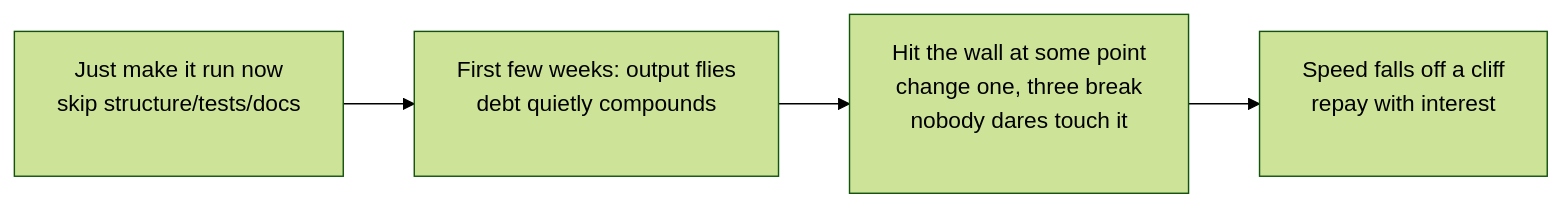
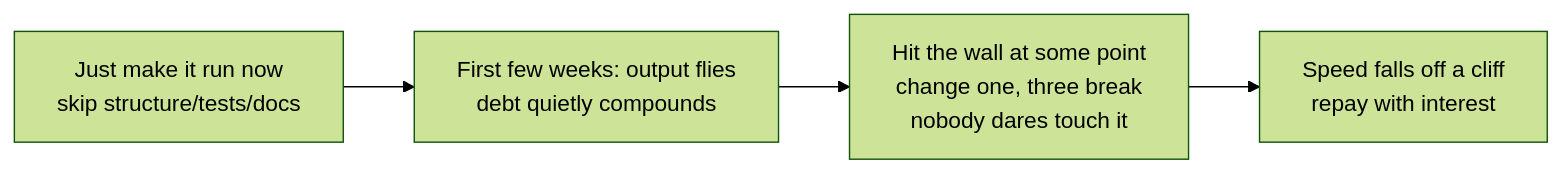
One commit to XuebinMa/AIWiki changed the diagram in i18n/en/docusaurus-plugin-content-docs/current/07-acceptance-release/tech-debt-wall.mdx. Above: the diagram before and after it, drawn with Mermaid (forest theme). The commit also changed 99 other files, not shown here.

First line of the commit message:
fix(mermaid): 全局根治节点文字裁切（htmlLabels:false + 清理 br/nbsp 占位）(#26)

````diff
--- a/i18n/en/docusaurus-plugin-content-docs/current/07-acceptance-release/tech-debt-wall.mdx
+++ b/i18n/en/docusaurus-plugin-content-docs/current/07-acceptance-release/tech-debt-wall.mdx
@@ -40,6 +40,6 @@
 ```mermaid
 flowchart LR
-    A[Just make it run now<br/>skip structure/tests/docs<br/>&nbsp;] --> B[First few weeks: output flies<br/>debt quietly compounds<br/>&nbsp;]
-    B --> C[Hit the wall at some point<br/>change one, three break<br/>nobody dares touch it<br/>&nbsp;]
-    C --> D[Speed falls off a cliff<br/>repay with interest<br/>&nbsp;]
+    A[Just make it run now<br/>skip structure/tests/docs] --> B[First few weeks: output flies<br/>debt quietly compounds]
+    B --> C[Hit the wall at some point<br/>change one, three break<br/>nobody dares touch it]
+    C --> D[Speed falls off a cliff<br/>repay with interest]
 ```
````
